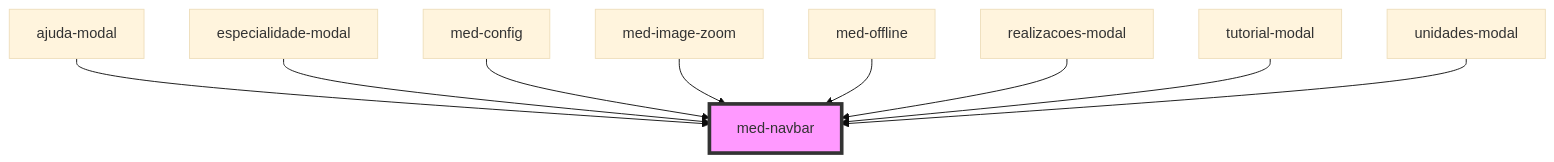
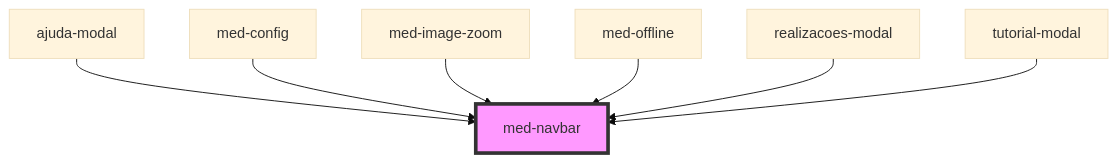
Before and after one commit to MEDGRUPOGIT/ionic-framework-1: the diagram in core/src/components/@templarios/compositions/med-navbar/readme.md, drawn with Mermaid (base theme). The commit also changed other lines of this file and 8 other files, not shown here.

Commit message:
migração simulados modal unidades e especialidade

````diff
--- a/core/src/components/@templarios/compositions/med-navbar/readme.md
+++ b/core/src/components/@templarios/compositions/med-navbar/readme.md
@@ -30,12 +28,10 @@
 ```mermaid
 graph TD;
   ajuda-modal --> med-navbar
-  especialidade-modal --> med-navbar
   med-config --> med-navbar
   med-image-zoom --> med-navbar
   med-offline --> med-navbar
   realizacoes-modal --> med-navbar
   tutorial-modal --> med-navbar
-  unidades-modal --> med-navbar
   style med-navbar fill:#f9f,stroke:#333,stroke-width:4px
 ```
````
